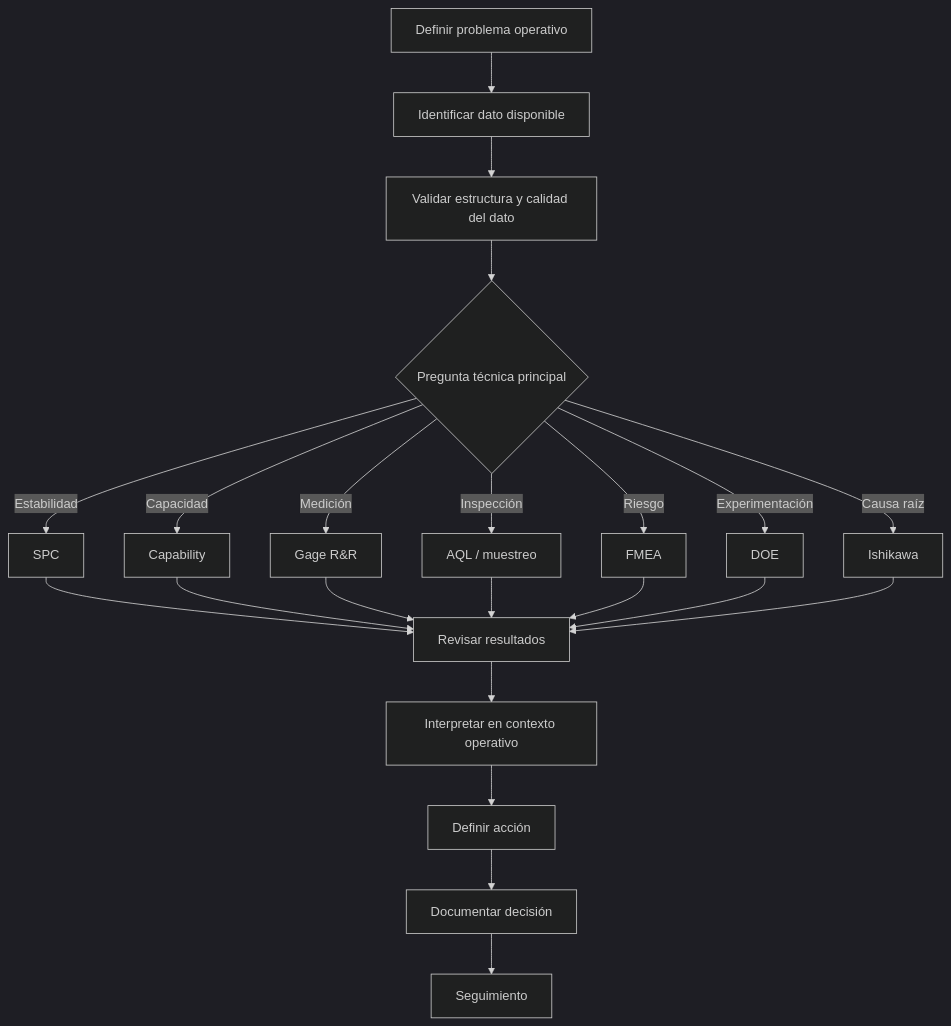
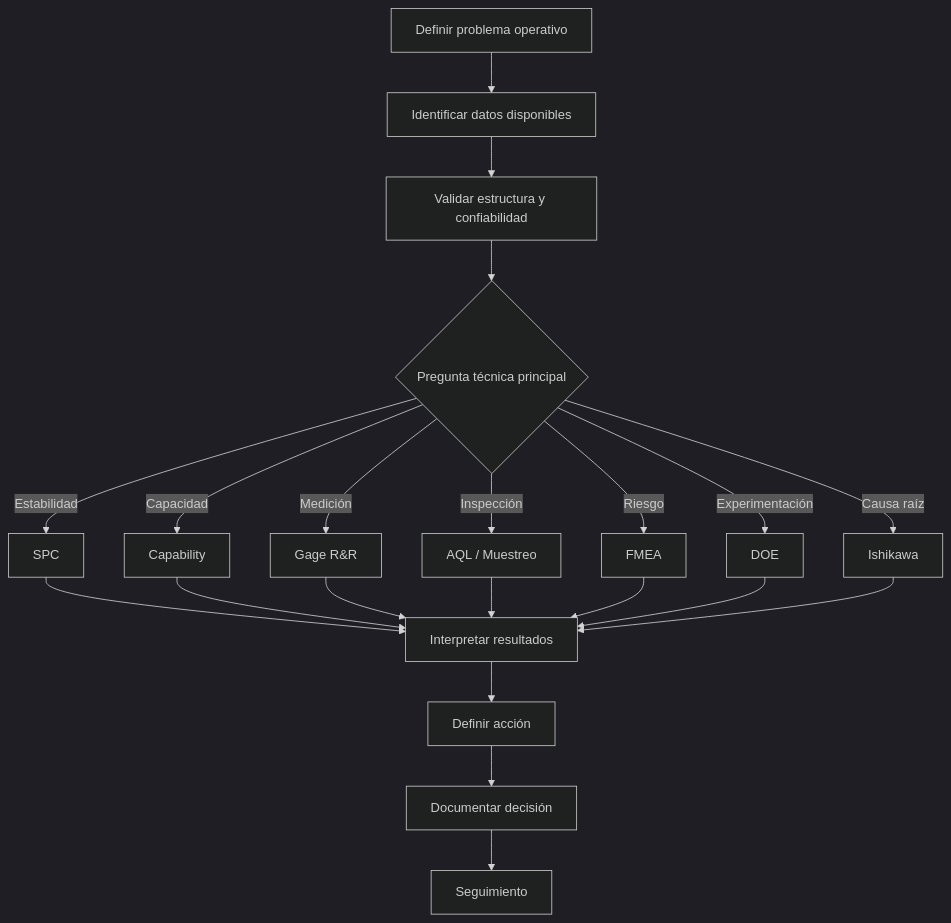
The second of 2 diagrams in README.md (fjgonzalezmgt/Quality-Analytics-Toolkit), drawn with Mermaid (dark theme) before and after one commit. The commit also changed other lines of this file, not shown here.

````diff
--- a/README.md
+++ b/README.md
@@ -244,27 +57,26 @@
 ```mermaid
 flowchart TD
-    A[Definir problema operativo] --> B[Identificar dato disponible]
-    B --> C[Validar estructura y calidad del dato]
+    A[Definir problema operativo] --> B[Identificar datos disponibles]
+    B --> C[Validar estructura y confiabilidad]
     C --> D{Pregunta técnica principal}
 
     D -->|Estabilidad| E[SPC]
     D -->|Capacidad| F[Capability]
     D -->|Medición| G[Gage R&R]
-    D -->|Inspección| H[AQL / muestreo]
+    D -->|Inspección| H[AQL / Muestreo]
     D -->|Riesgo| I[FMEA]
     D -->|Experimentación| J[DOE]
     D -->|Causa raíz| K[Ishikawa]
 
-    E --> L[Revisar resultados]
+    E --> L[Interpretar resultados]
     F --> L
     G --> L
     H --> L
     I --> L
     J --> L
     K --> L
 
-    L --> M[Interpretar en contexto operativo]
-    M --> N[Definir acción]
-    N --> O[Documentar decisión]
-    O --> P[Seguimiento]
+    L --> M[Definir acción]
+    M --> N[Documentar decisión]
+    N --> O[Seguimiento]
 ```
````
